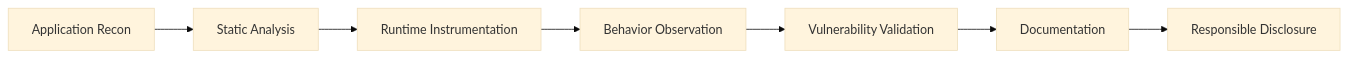
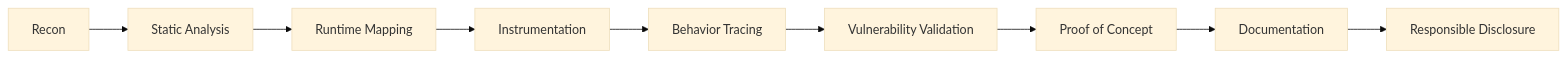
One commit to missaels235/missaels235 changed the diagram in README.md. Above: the diagram before and after it, drawn with Mermaid (base theme). The commit also changed other lines of this file, not shown here.

````diff
--- a/README.md
+++ b/README.md
@@ -191,9 +281,11 @@
 ```mermaid
 flowchart LR
-    A[Application Recon] --> B[Static Analysis]
-    B --> C[Runtime Instrumentation]
-    C --> D[Behavior Observation]
-    D --> E[Vulnerability Validation]
-    E --> F[Documentation]
-    F --> G[Responsible Disclosure]
+    A[Recon] --> B[Static Analysis]
+    B --> C[Runtime Mapping]
+    C --> D[Instrumentation]
+    D --> E[Behavior Tracing]
+    E --> F[Vulnerability Validation]
+    F --> G[Proof of Concept]
+    G --> H[Documentation]
+    H --> I[Responsible Disclosure]
 ```
````
